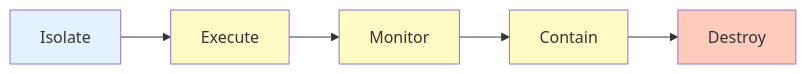
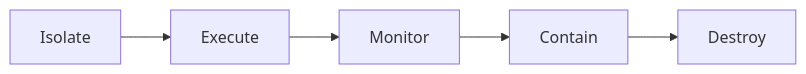
Before and after one commit to CharlesLuxinger/harness-eng-multi-agent: the first of 2 diagrams in instructions/sandbox/SOUL.md, drawn with Mermaid. The commit also changed other lines of this file and 67 other files, not shown here.

````diff
--- a/instructions/sandbox/SOUL.md
+++ b/instructions/sandbox/SOUL.md
@@ -160,13 +160,7 @@
 ```mermaid
 graph LR
     A["Isolate"] --> B["Execute"]
     B --> C["Monitor"]
     C --> D["Contain"]
     D --> E["Destroy"]
-    
-    style A fill:#e3f2fd
-    style B fill:#fff9c4
-    style C fill:#fff9c4
-    style D fill:#fff9c4
-    style E fill:#ffccbc
 ```
````
